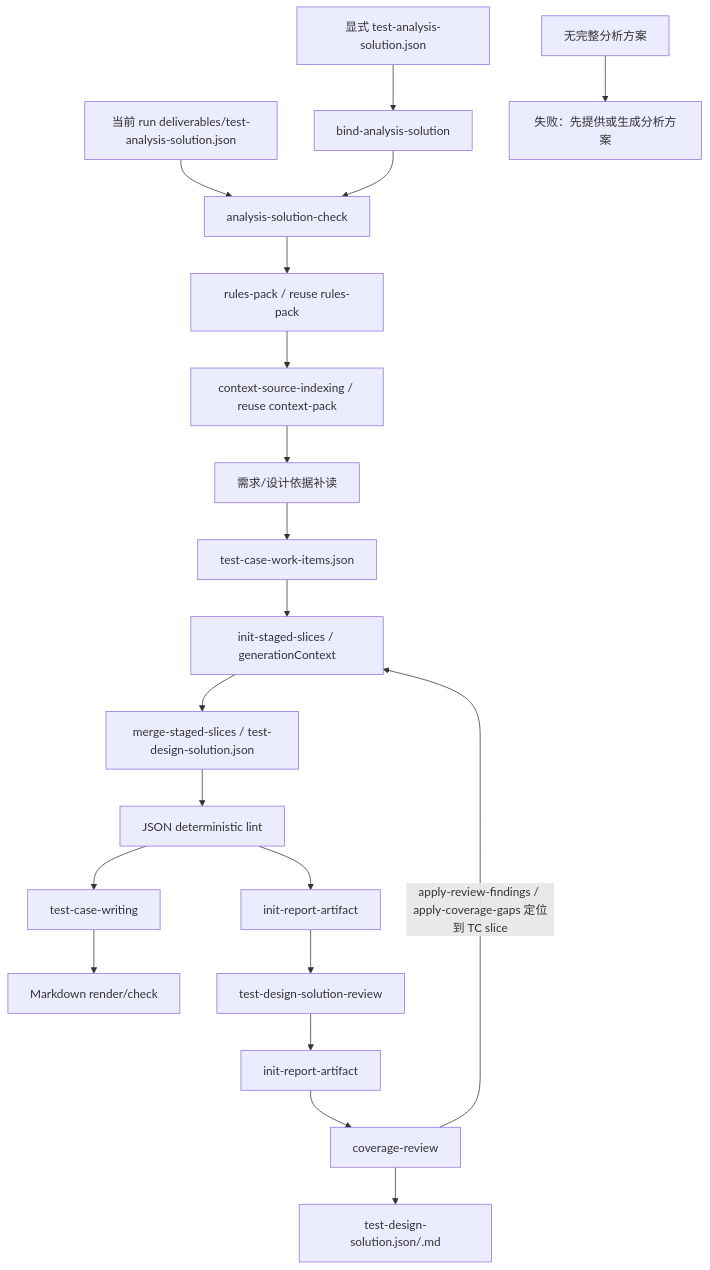
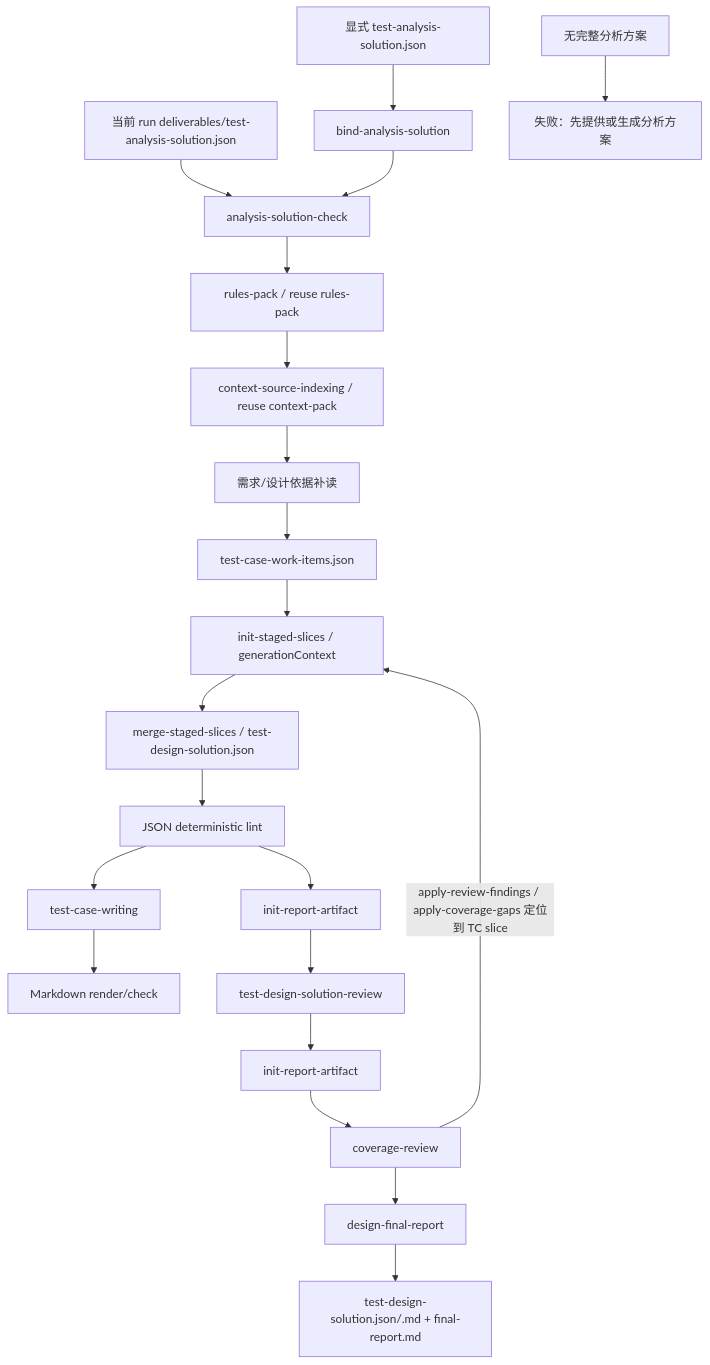
Before and after one commit to szluoqy-byte/Test-Analysis-Agent-MM: the diagram in docs/test-design-agent-design.md, drawn with Mermaid. The commit also changed other lines of this file and 57 other files, not shown here.

First line of the commit message:
feat: add final fact coverage reports

````diff
--- a/docs/test-design-agent-design.md
+++ b/docs/test-design-agent-design.md
@@ -11,22 +11,23 @@
 ```mermaid
 flowchart TD
   explicit["显式 test-analysis-solution.json"] --> bind["bind-analysis-solution"]
   current["当前 run deliverables/test-analysis-solution.json"] --> check["analysis-solution-check"]
   bind --> check
   missing["无完整分析方案"] --> fail["失败：先提供或生成分析方案"]
   check --> rules["rules-pack / reuse rules-pack"]
   rules --> context["context-source-indexing / reuse context-pack"]
   context --> basis["需求/设计依据补读"]
   basis --> workItems["test-case-work-items.json"]
   workItems --> slices["init-staged-slices / generationContext"]
   slices --> generation["merge-staged-slices / test-design-solution.json"]
   generation --> jsonlint["JSON deterministic lint"]
   jsonlint --> writing["test-case-writing"]
   writing --> lint["Markdown render/check"]
   jsonlint --> reviewInit["init-report-artifact"]
   reviewInit --> review["test-design-solution-review"]
   review --> coverageInit["init-report-artifact"]
   coverageInit --> coverage["coverage-review"]
   coverage -->|apply-review-findings / apply-coverage-gaps 定位到 TC slice| slices
-  coverage --> output["test-design-solution.json/.md"]
+  coverage --> finalReport["design-final-report"]
+  finalReport --> output["test-design-solution.json/.md + final-report.md"]
 ```
````
